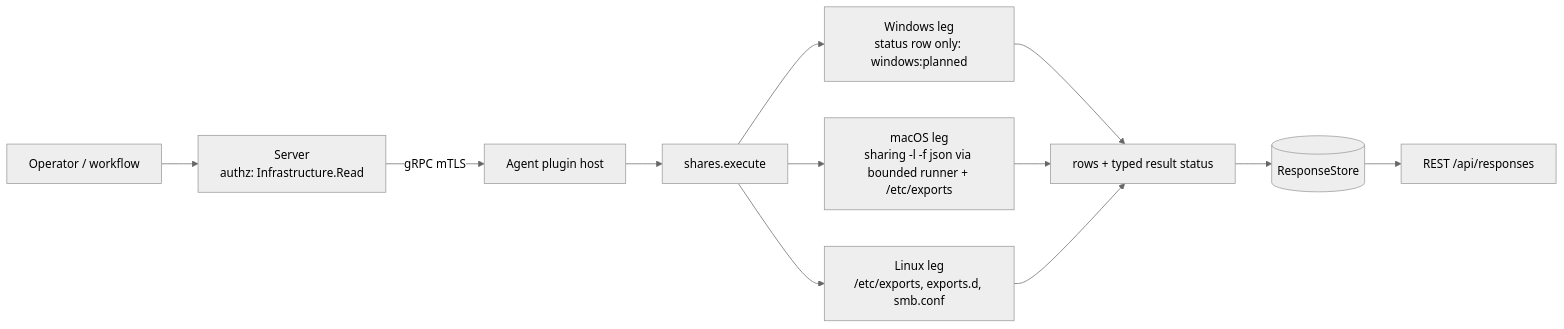
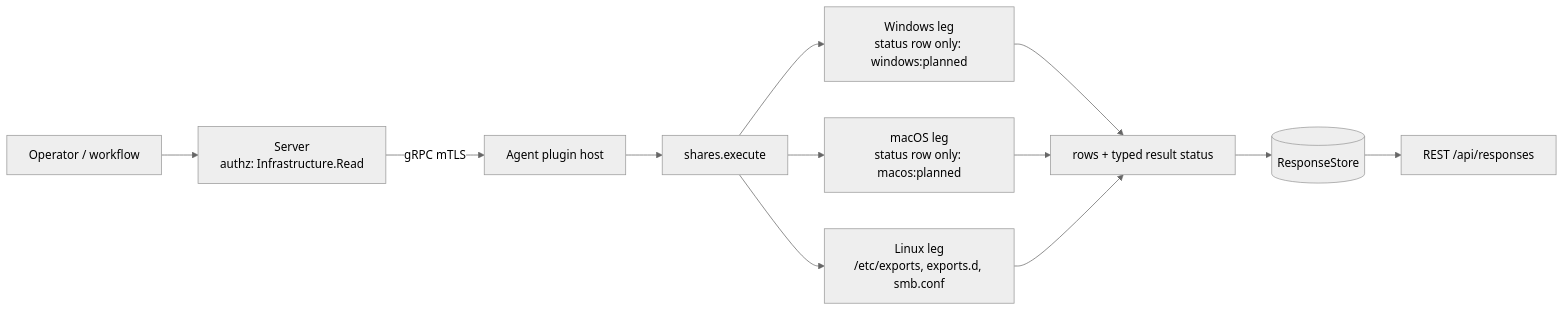
One commit to DevNullLtd/Yuzu changed the diagram in agents/plugins/shares/README.md. Above: the diagram before and after it, drawn with Mermaid (neutral theme). The commit also changed other lines of this file and 24 other files, not shown here.

First line of the commit message:
feat(shares): ship the Linux leg first, leave the macOS leg planned

````diff
--- a/agents/plugins/shares/README.md
+++ b/agents/plugins/shares/README.md
@@ -21,9 +21,9 @@
 ```mermaid
 flowchart LR
   OP[Operator / workflow] --> SRV[Server<br/>authz: Infrastructure.Read]
   SRV -- gRPC mTLS --> HOST[Agent plugin host] --> EX[shares.execute]
   EX --> WIN[Windows leg<br/>status row only: windows:planned]
-  EX --> MAC[macOS leg<br/>sharing -l -f json via bounded runner + /etc/exports]
+  EX --> MAC[macOS leg<br/>status row only: macos:planned]
   EX --> LIN[Linux leg<br/>/etc/exports, exports.d, smb.conf]
   WIN & MAC & LIN --> ROWS[rows + typed result status] --> RS[(ResponseStore)] --> API[REST /api/responses]
 ```
````
